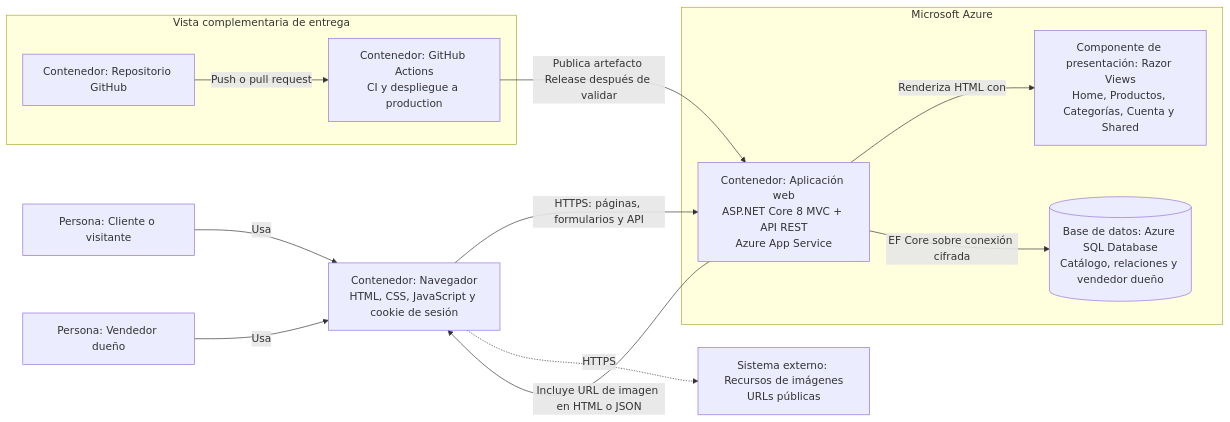
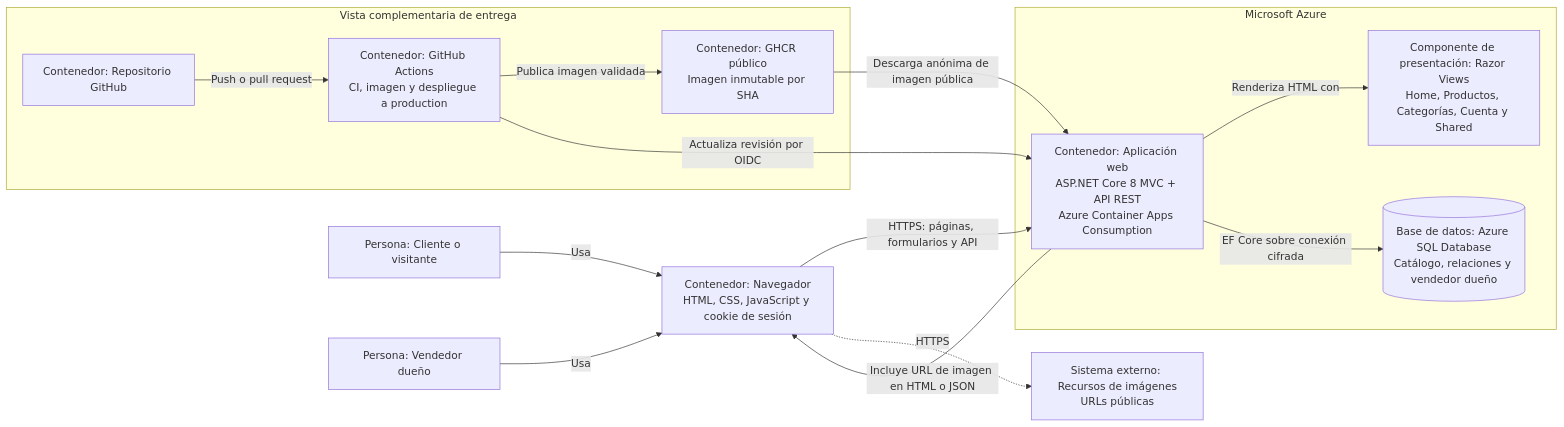
Before and after one commit to Marcelo-30/CatalogoApp-Marcelo: the second of 3 diagrams in docs/C4.md, drawn with Mermaid. The commit also changed other lines of this file and 9 other files, not shown here.

Commit message:
ci: deploy container app with public image

````diff
--- a/docs/C4.md
+++ b/docs/C4.md
@@ -34,29 +34,32 @@
 ```mermaid
 flowchart LR
     cliente["Persona: Cliente o visitante"]
     vendedor["Persona: Vendedor dueño"]
     navegador["Contenedor: Navegador<br/>HTML, CSS, JavaScript y cookie de sesión"]
 
     subgraph nube["Microsoft Azure"]
-        webapp["Contenedor: Aplicación web<br/>ASP.NET Core 8 MVC + API REST<br/>Azure App Service"]
+        webapp["Contenedor: Aplicación web<br/>ASP.NET Core 8 MVC + API REST<br/>Azure Container Apps Consumption"]
         razor["Componente de presentación: Razor Views<br/>Home, Productos, Categorías, Cuenta y Shared"]
         sql[("Base de datos: Azure SQL Database<br/>Catálogo, relaciones y vendedor dueño")]
     end
 
     imagenes["Sistema externo: Recursos de imágenes<br/>URLs públicas"]
 
     subgraph entrega["Vista complementaria de entrega"]
         repo["Contenedor: Repositorio GitHub"]
-        actions["Contenedor: GitHub Actions<br/>CI y despliegue a production"]
+        actions["Contenedor: GitHub Actions<br/>CI, imagen y despliegue a production"]
+        registry["Contenedor: GHCR público<br/>Imagen inmutable por SHA"]
     end
 
     cliente -->|"Usa"| navegador
     vendedor -->|"Usa"| navegador
     navegador -->|"HTTPS: páginas, formularios y API"| webapp
     webapp -->|"Renderiza HTML con"| razor
     webapp -->|"EF Core sobre conexión cifrada"| sql
     webapp -->|"Incluye URL de imagen en HTML o JSON"| navegador
     navegador -.->|"HTTPS"| imagenes
     repo -->|"Push o pull request"| actions
-    actions -->|"Publica artefacto Release después de validar"| webapp
+    actions -->|"Publica imagen validada"| registry
+    actions -->|"Actualiza revisión por OIDC"| webapp
+    registry -->|"Descarga anónima de imagen pública"| webapp
 ```
````
